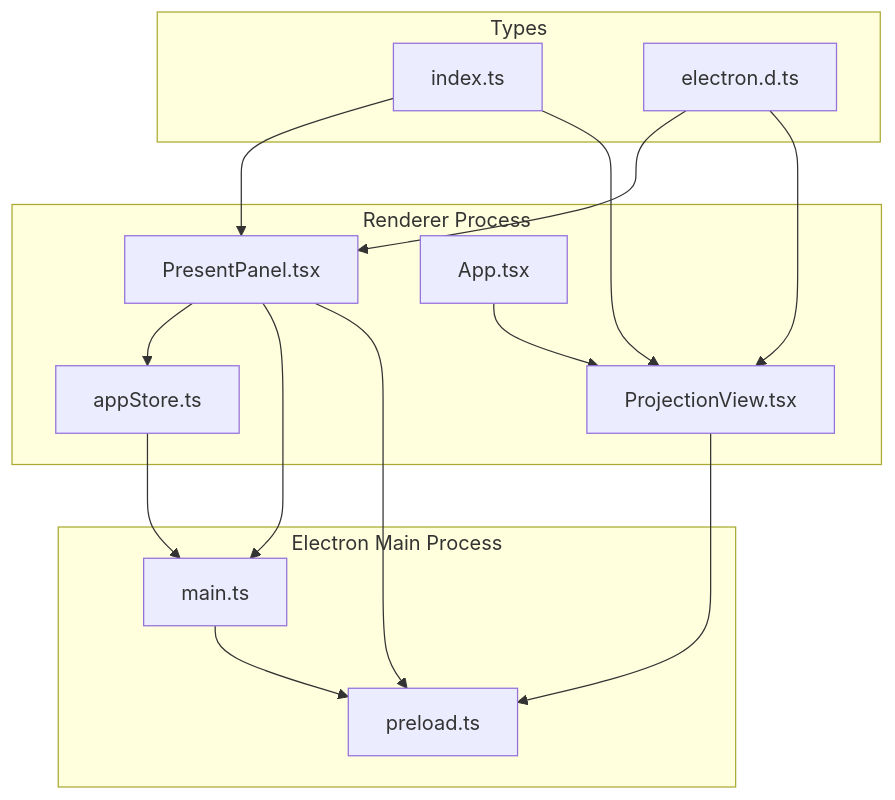
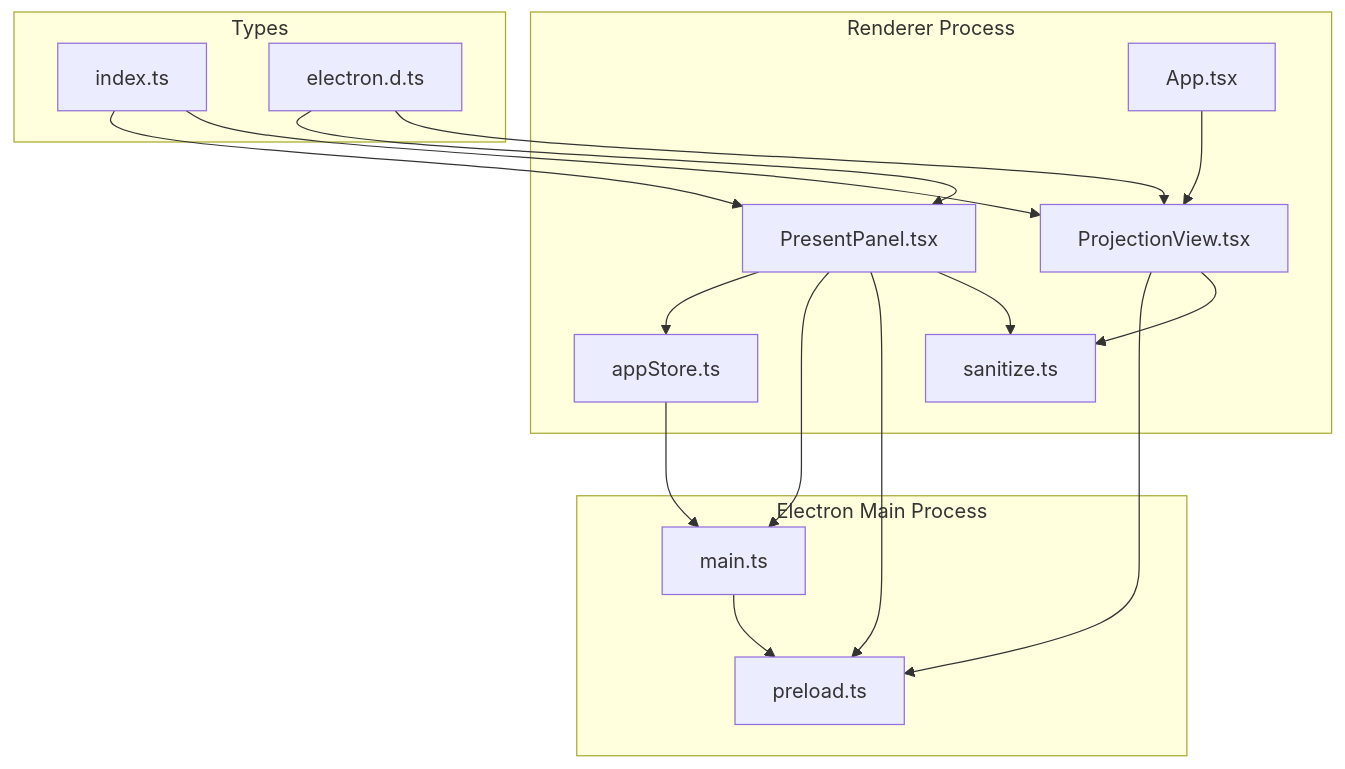
One commit to jimmywyk/lyricdeck changed the first of 4 diagrams in .qoder/repowiki/en/content/Architecture Overview/Component Architecture/Presentation Panel.md. Above: the diagram before and after it, drawn with Mermaid. The commit also changed other lines of this file and 12 other files, not shown here.

````diff
--- a/.qoder/repowiki/en/content/Architecture Overview/Component Architecture/Presentation Panel.md
+++ b/.qoder/repowiki/en/content/Architecture Overview/Component Architecture/Presentation Panel.md
@@ -50,28 +52,31 @@
 ```mermaid
 graph TB
 subgraph "Renderer Process"
 PP["PresentPanel.tsx"]
 PV["ProjectionView.tsx"]
 AS["appStore.ts"]
 APP["App.tsx"]
+SAN["sanitize.ts"]
 end
 subgraph "Electron Main Process"
 MAIN["main.ts"]
 PRELOAD["preload.ts"]
 end
 subgraph "Types"
 TYPES["index.ts"]
 DTS["electron.d.ts"]
 end
 PP --> AS
 PP --> MAIN
 PP --> PRELOAD
+PP --> SAN
 PV --> PRELOAD
+PV --> SAN
 APP --> PV
 AS --> MAIN
 MAIN --> PRELOAD
 TYPES --> PP
 TYPES --> PV
 DTS --> PP
 DTS --> PV
 ```
````
